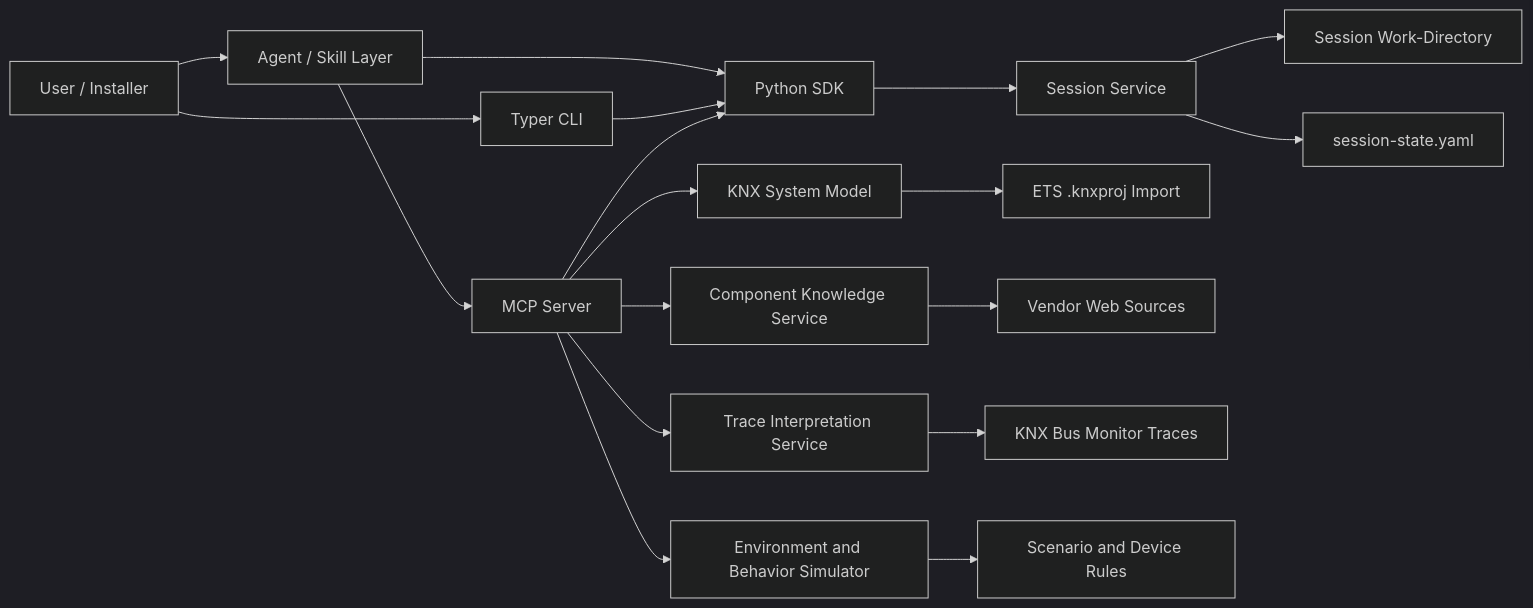
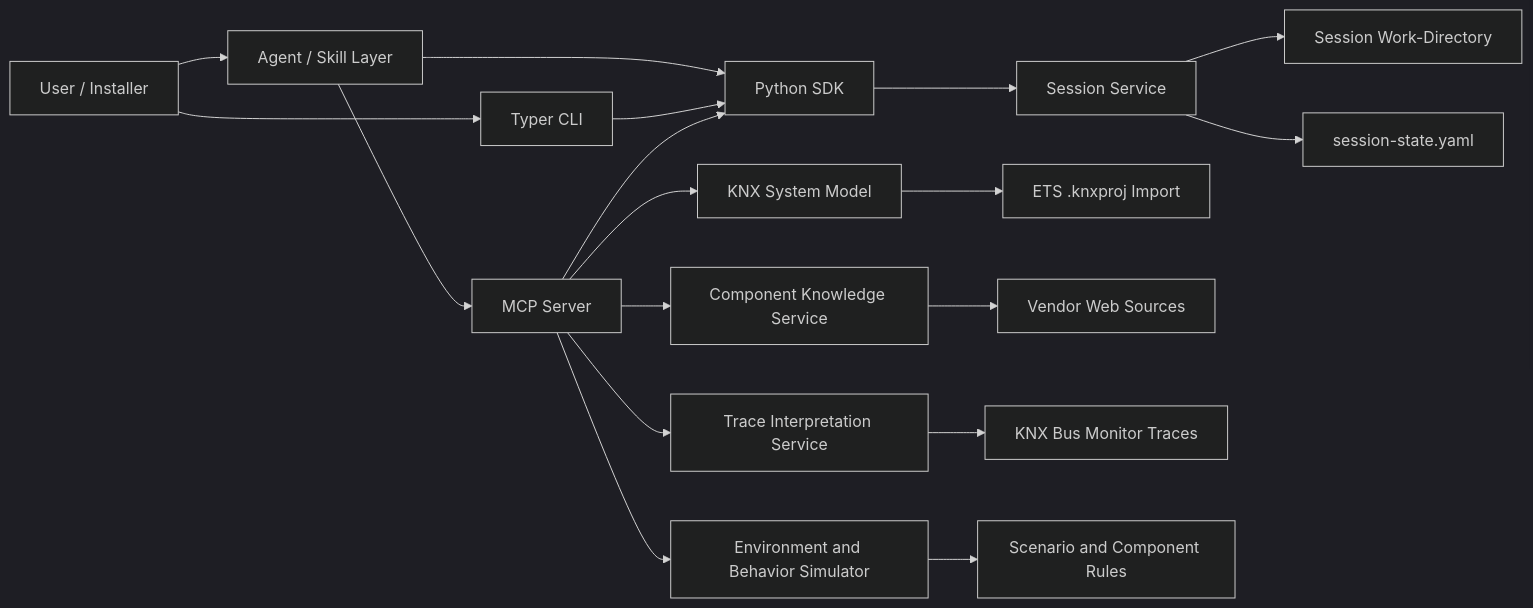
One commit to candlesandmore-lab/knx-agent changed the diagram in docs/architecture/001-knx-investigation-platform.md. Above: the diagram before and after it, drawn with Mermaid (dark theme). The commit also changed other lines of this file and 6 other files, not shown here.

````diff
--- a/docs/architecture/001-knx-investigation-platform.md
+++ b/docs/architecture/001-knx-investigation-platform.md
@@ -63,20 +63,20 @@
 ```mermaid
 flowchart LR
     User[User / Installer] --> AgentLayer[Agent / Skill Layer]
     AgentLayer --> MCP[MCP Server]
     AgentLayer --> SDK[Python SDK]
     User --> CLI[Typer CLI]
     CLI --> SDK
     MCP --> SDK
     SDK --> Session[Session Service]
     MCP --> Model[KNX System Model]
     MCP --> Sim[Environment and Behavior Simulator]
     MCP --> Catalog[Component Knowledge Service]
     MCP --> Trace[Trace Interpretation Service]
     Session --> Workdir[Session Work-Directory]
     Session --> StateFile[session-state.yaml]
     Model --> ETS[ETS .knxproj Import]
     Catalog --> Web[Vendor Web Sources]
     Trace --> Bus[KNX Bus Monitor Traces]
-    Sim --> Rules[Scenario and Device Rules]
+    Sim --> Rules[Scenario and Component Rules]
 ```
````
